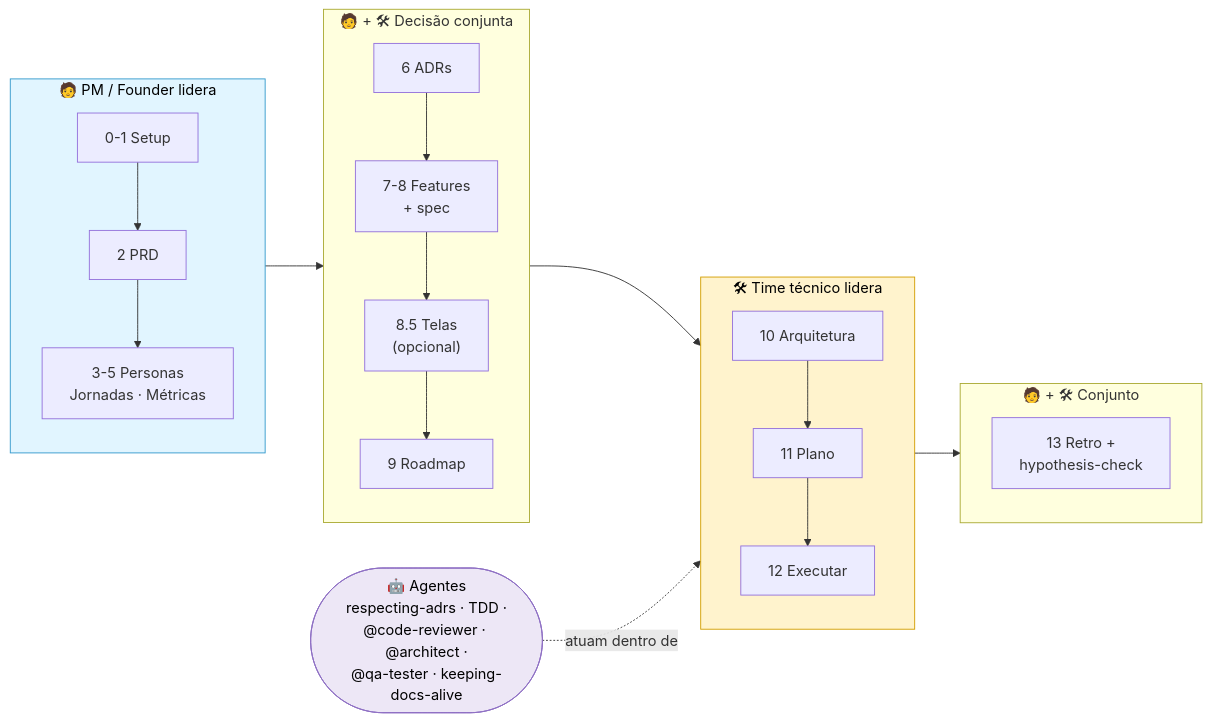
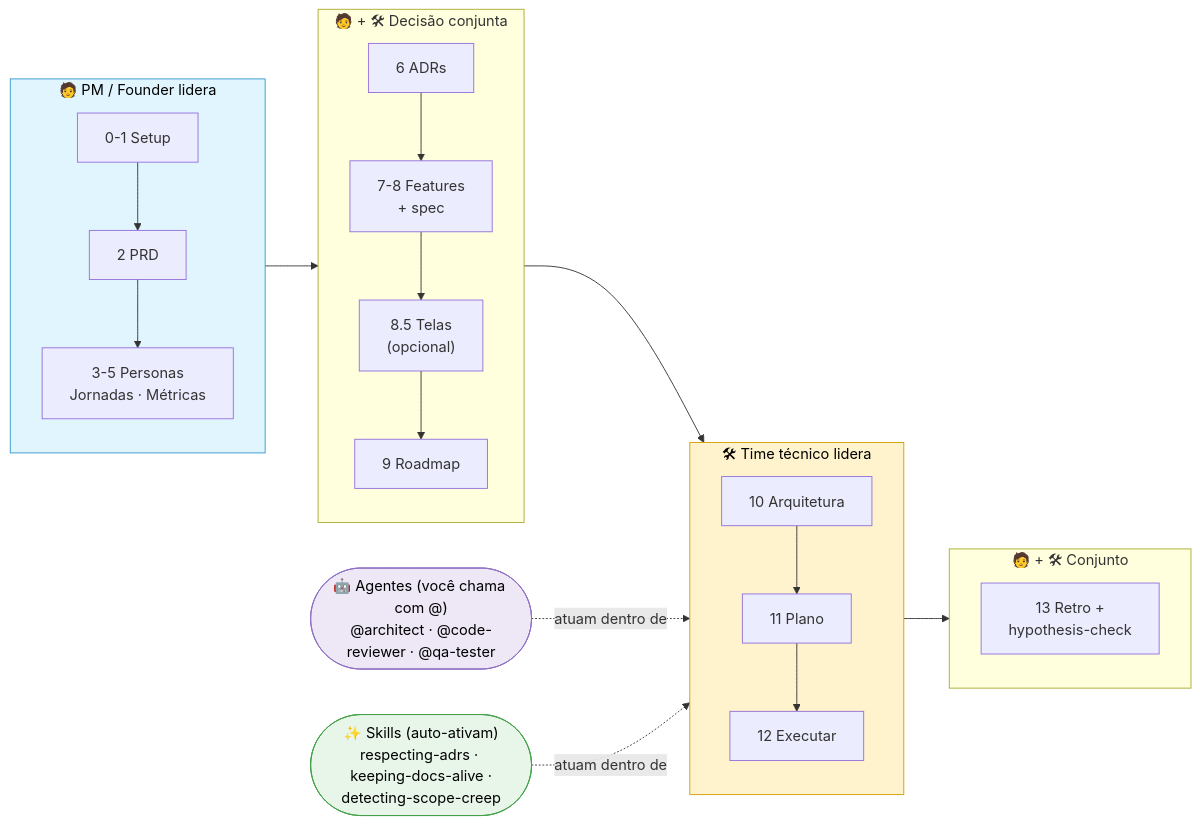
The third of 5 diagrams in GETTING-STARTED.pt-br.md (AInsteinsBR/renata), drawn with Mermaid before and after one commit. The commit also changed other lines of this file and 3 other files, not shown here.

Commit message:
docs: fix agents/skills coverage — diagram skill≠agent, pattern-mapper note, scope-creep behavior, agent outputs (EN+PT)

````diff
--- a/GETTING-STARTED.pt-br.md
+++ b/GETTING-STARTED.pt-br.md
@@ -159,31 +159,35 @@
 ```mermaid
 flowchart LR
     subgraph PM["🧑 PM / Founder lidera"]
         direction TB
         P1["0-1 Setup"] --> P2["2 PRD"] --> P3["3-5 Personas<br/>Jornadas · Métricas"]
     end
     subgraph JUNTO["🧑 + 🛠 Decisão conjunta"]
         direction TB
         J1["6 ADRs"] --> J2["7-8 Features<br/>+ spec"] --> J3["8.5 Telas<br/>(opcional)"] --> J4["9 Roadmap"]
     end
     subgraph TECH["🛠 Time técnico lidera"]
         direction TB
         T1b["10 Arquitetura"] --> T2b["11 Plano"] --> T3b["12 Executar"]
     end
     subgraph FECHA["🧑 + 🛠 Conjunto"]
         direction TB
         F1["13 Retro +<br/>hypothesis-check"]
     end
-    AG(["🤖 Agentes<br/>respecting-adrs · TDD ·<br/>@code-reviewer · @architect ·<br/>@qa-tester · keeping-docs-alive"])
+    AG(["🤖 Agentes (você chama com @)<br/>@architect · @code-reviewer · @qa-tester"])
+    SK(["✨ Skills (auto-ativam)<br/>respecting-adrs · keeping-docs-alive ·<br/>detecting-scope-creep"])
 
     PM --> JUNTO --> TECH --> FECHA
     AG -.atuam dentro de.-> TECH
+    SK -.atuam dentro de.-> TECH
 
     classDef pm    fill:#e1f5ff,stroke:#3399cc,color:#000
     classDef tech  fill:#fff3cd,stroke:#d39e00,color:#000
     classDef agent fill:#ede7f6,stroke:#8e6fc4,color:#000
+    classDef skill fill:#e8f5e9,stroke:#43a047,color:#000
 
     class PM pm
     class TECH tech
     class AG agent
+    class SK skill
 ```
````
